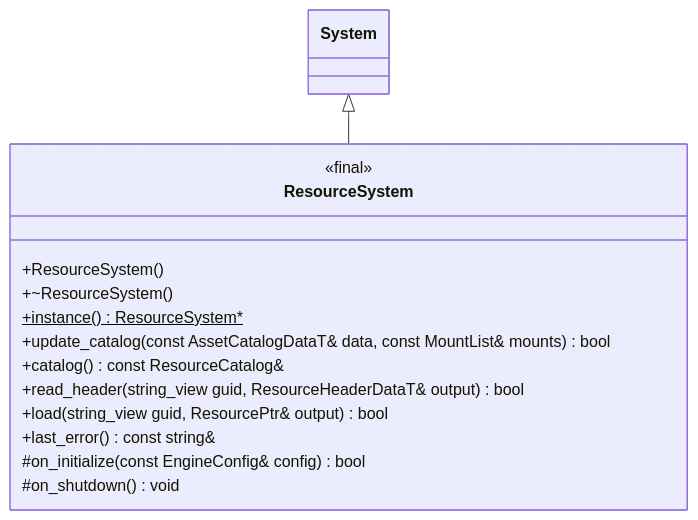
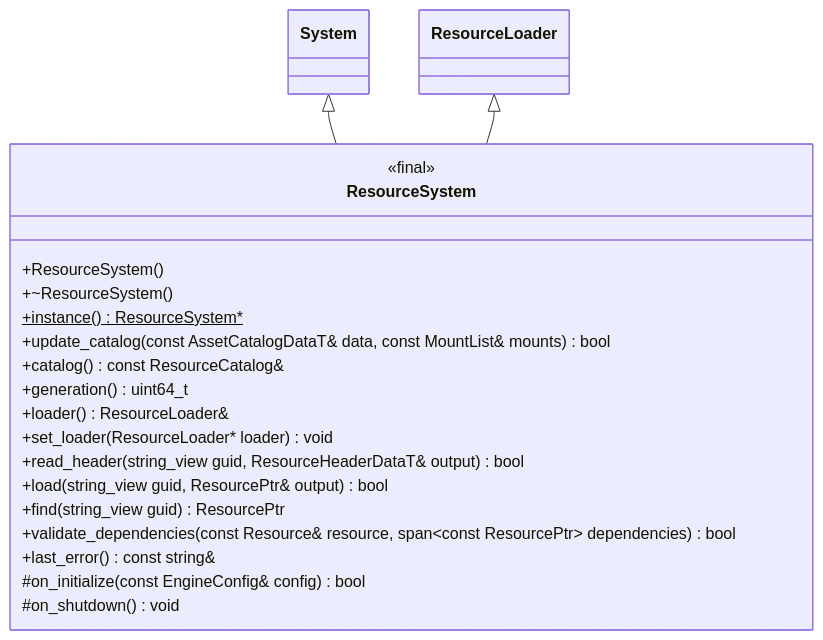
Before and after one commit to lcals/Engine: the first of 7 diagrams in docs/runtime/class-diagrams/resource-system.md, drawn with Mermaid. The commit also changed other lines of this file and 194 other files, not shown here.

````diff
--- a/docs/runtime/class-diagrams/resource-system.md
+++ b/docs/runtime/class-diagrams/resource-system.md
@@ -9,18 +9,25 @@
 ```mermaid
 classDiagram
     class ResourceSystem {
         <<final>>
         +ResourceSystem()
         +~ResourceSystem()
         +instance() ResourceSystem#42;$
         +update_catalog(const AssetCatalogDataT& data, const MountList& mounts) bool
         +catalog() const ResourceCatalog&
+        +generation() uint64_t
+        +loader() ResourceLoader&
+        +set_loader(ResourceLoader#42; loader) void
         +read_header(string_view guid, ResourceHeaderDataT& output) bool
         +load(string_view guid, ResourcePtr& output) bool
+        +find(string_view guid) ResourcePtr
+        +validate_dependencies(const Resource& resource, span~const ResourcePtr~ dependencies) bool
         +last_error() const string&
         #on_initialize(const EngineConfig& config) bool
         #on_shutdown() void
     }
     class System
+    class ResourceLoader
     System <|-- ResourceSystem
+    ResourceLoader <|-- ResourceSystem
 ```
````
